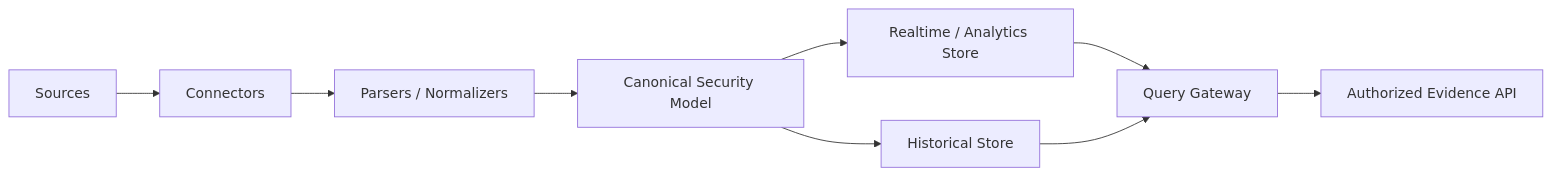
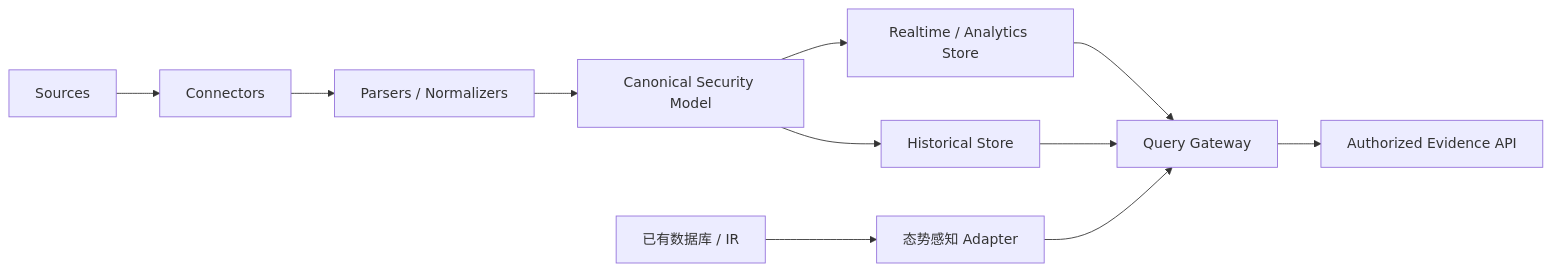
One commit to Tudou77826/unknown-file-threat-agent changed the diagram in .sdd/features/01-data-foundation/design.md. Above: the diagram before and after it, drawn with Mermaid. The commit also changed other lines of this file and 23 other files, not shown here.

````diff
--- a/.sdd/features/01-data-foundation/design.md
+++ b/.sdd/features/01-data-foundation/design.md
@@ -5,11 +7,13 @@
 ```mermaid
 flowchart LR
     S["Sources"] --> C["Connectors"]
     C --> P["Parsers / Normalizers"]
     P --> M["Canonical Security Model"]
     M --> RT["Realtime / Analytics Store"]
     M --> HS["Historical Store"]
     RT --> Q["Query Gateway"]
     HS --> Q
+    ES["已有数据库 / IR"] --> AD["态势感知 Adapter"]
+    AD --> Q
     Q --> A["Authorized Evidence API"]
 ```
````
